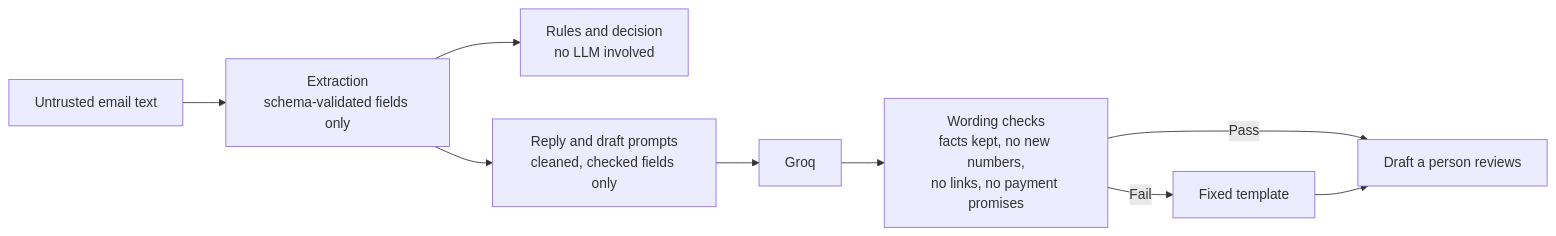
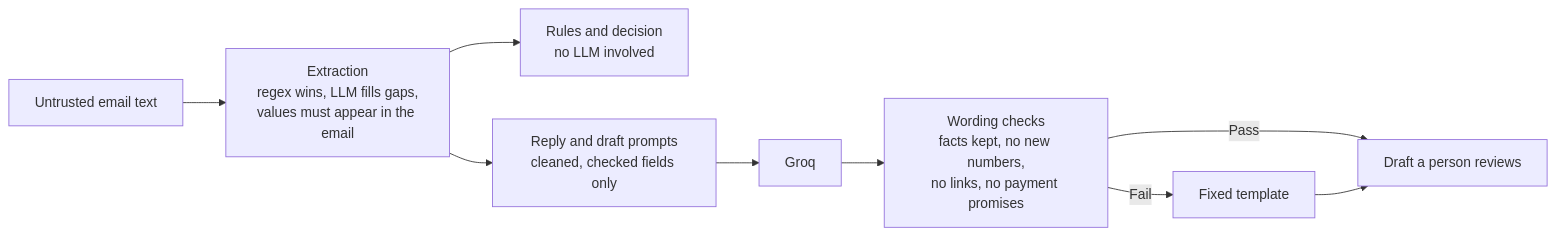
One commit to Harshitha-282007/context_con changed the ninth of 11 diagrams in README.md. Above: the diagram before and after it, drawn with Mermaid. The commit also changed other lines of this file and 17 other files, not shown here.

````diff
--- a/README.md
+++ b/README.md
@@ -382,11 +382,11 @@
 ```mermaid
 flowchart LR
-    P["Untrusted email text"] --> X["Extraction<br/>schema-validated fields only"]
+    P["Untrusted email text"] --> X["Extraction<br/>regex wins, LLM fills gaps,<br/>values must appear in the email"]
     X --> R["Rules and decision<br/>no LLM involved"]
     X --> F["Reply and draft prompts<br/>cleaned, checked fields only"]
     F --> L[Groq]
     L --> W["Wording checks<br/>facts kept, no new numbers,<br/>no links, no payment promises"]
     W -->|Pass| D[Draft a person reviews]
     W -->|Fail| T[Fixed template]
     T --> D
 ```
````
